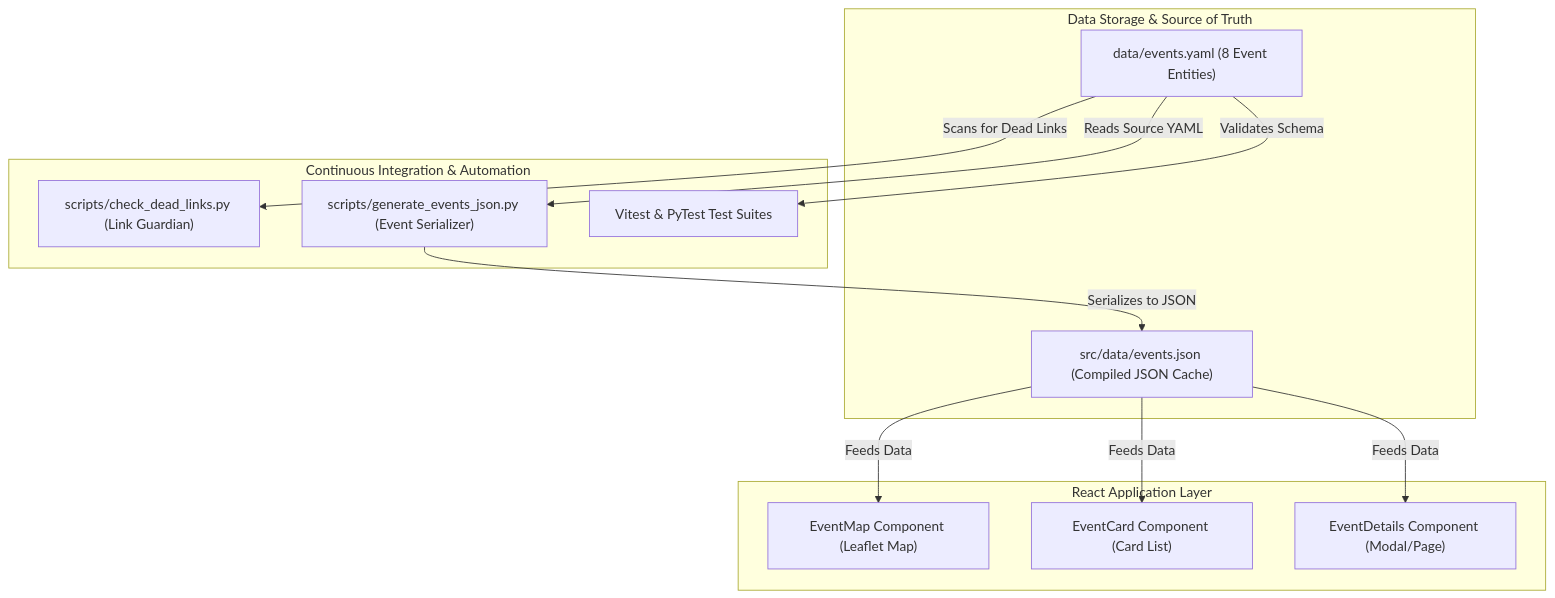
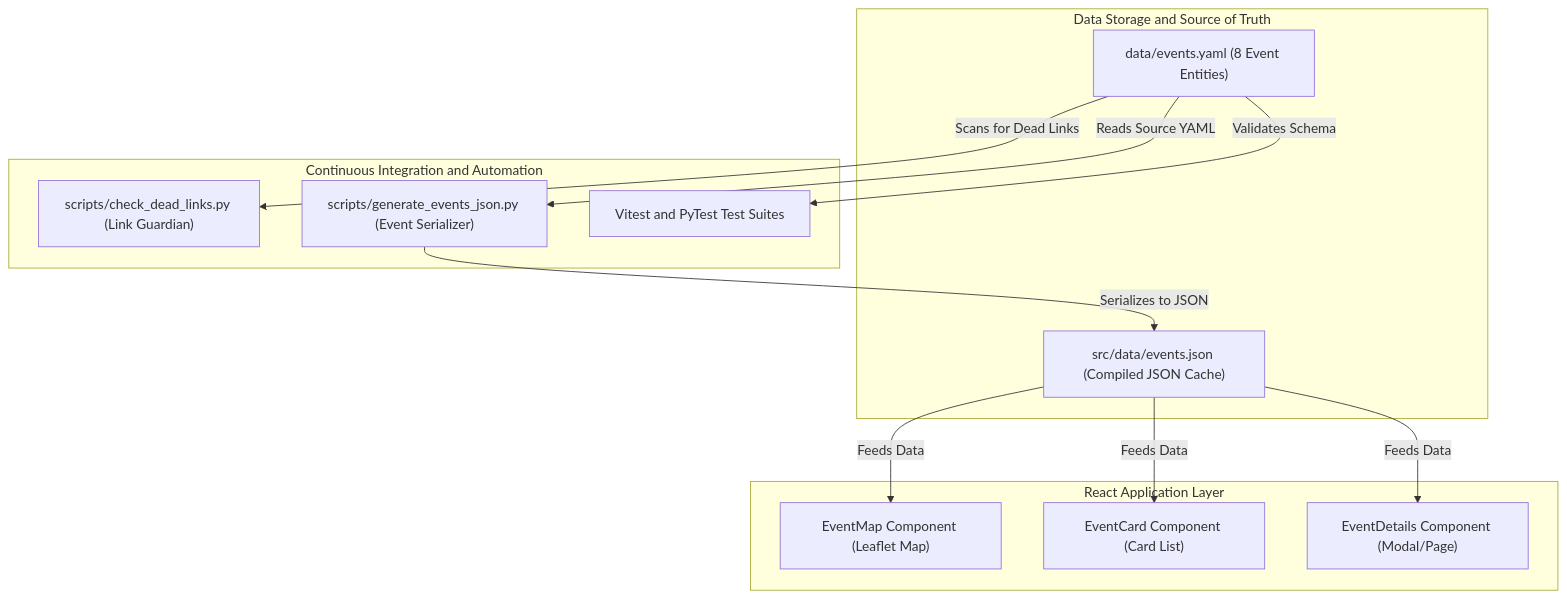
Before and after one commit to Ayush-AM/du-event-board: the first of 3 diagrams in docs/contributions/ISSUE-220.0.md, drawn with Mermaid. The commit also changed other lines of this file, not shown here.

````diff
--- a/docs/contributions/ISSUE-220.0.md
+++ b/docs/contributions/ISSUE-220.0.md
@@ -48,27 +48,27 @@
 ```mermaid
 graph TD
-    subgraph Data_Layer ["Data Storage & Source of Truth"]
+    subgraph Data_Layer ["Data Storage and Source of Truth"]
         YAML["data/events.yaml (8 Event Entities)"]
         JSON["src/data/events.json (Compiled JSON Cache)"]
     end
 
-    subgraph CI_Pipelines ["Continuous Integration & Automation"]
+    subgraph CI_Pipelines ["Continuous Integration and Automation"]
         LinkChecker["scripts/check_dead_links.py (Link Guardian)"]
         EventGen["scripts/generate_events_json.py (Event Serializer)"]
-        TestRunner["Vitest & PyTest Test Suites"]
+        TestRunner["Vitest and PyTest Test Suites"]
     end
 
     subgraph Frontend_App ["React Application Layer"]
         EventMap["EventMap Component (Leaflet Map)"]
         EventCard["EventCard Component (Card List)"]
         EventDetails["EventDetails Component (Modal/Page)"]
     end
 
     YAML -->|Reads Source YAML| EventGen
     EventGen -->|Serializes to JSON| JSON
     JSON -->|Feeds Data| EventCard
     JSON -->|Feeds Data| EventMap
     JSON -->|Feeds Data| EventDetails
     YAML -->|Scans for Dead Links| LinkChecker
     YAML -->|Validates Schema| TestRunner
 ```
````
